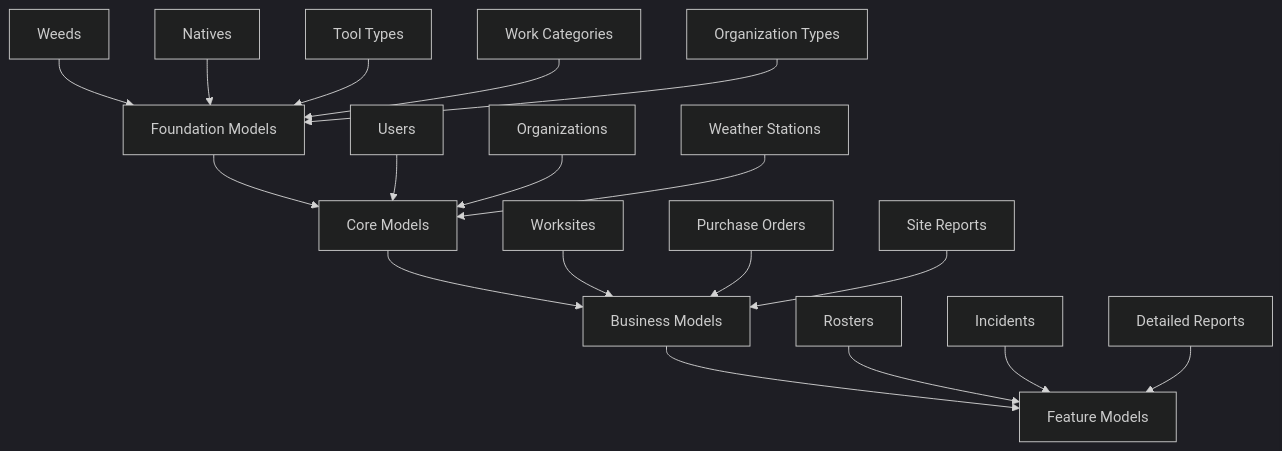
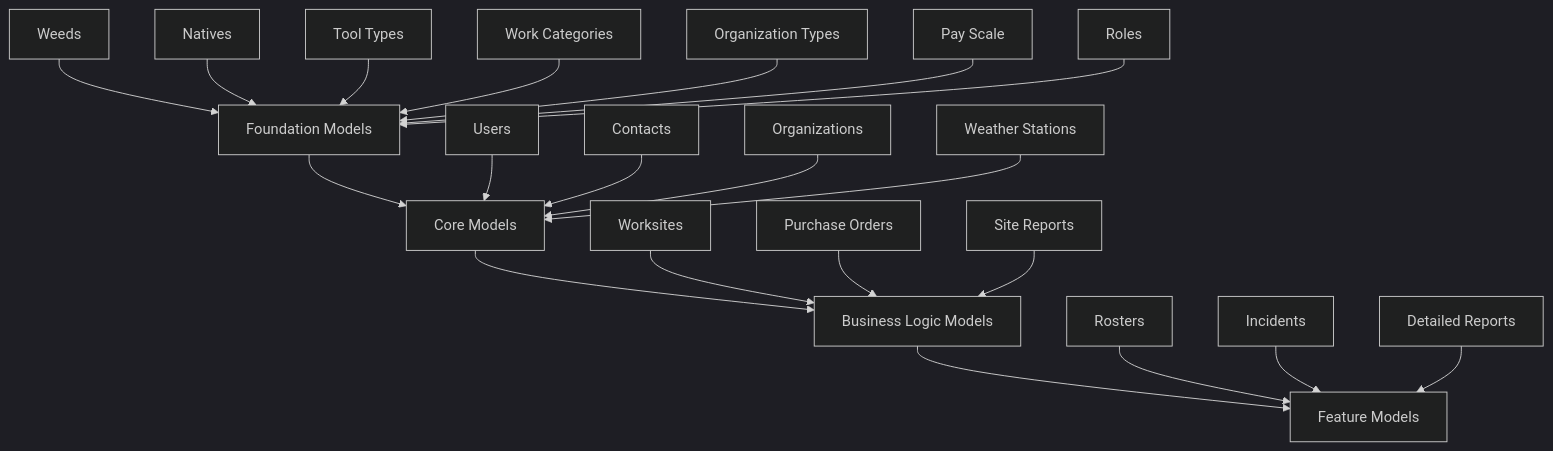
Before and after one commit to mrau66/mrau66.github.io: the diagram in index.md, drawn with Mermaid (dark theme). The commit also changed other lines of this file, not shown here.

````diff
--- a/index.md
+++ b/index.md
@@ -30,24 +65,27 @@
 ```mermaid
 graph TD
-    A[Foundation Models] --> B[Core Models]
-    B --> C[Business Models] 
+    A[Foundation Models] --> B[Core Models]    
+    B --> C[Business Logic Models] 
     C --> D[Feature Models]
     
     A1[Weeds] --> A
     A2[Natives] --> A
     A3[Tool Types] --> A
     A4[Work Categories] --> A
     A5[Organization Types] --> A
+    A6[Pay Scale] --> A
+    A7[Roles] --> A
     
     B1[Users] --> B
-    B2[Organizations] --> B
-    B3[Weather Stations] --> B
+    B2[Contacts] --> B
+    B3[Organizations] --> B
+    B4[Weather Stations] --> B
     
     C1[Worksites] --> C
     C2[Purchase Orders] --> C
     C3[Site Reports] --> C
     
     D1[Rosters] --> D
     D2[Incidents] --> D
     D3[Detailed Reports] --> D
 ```
````
